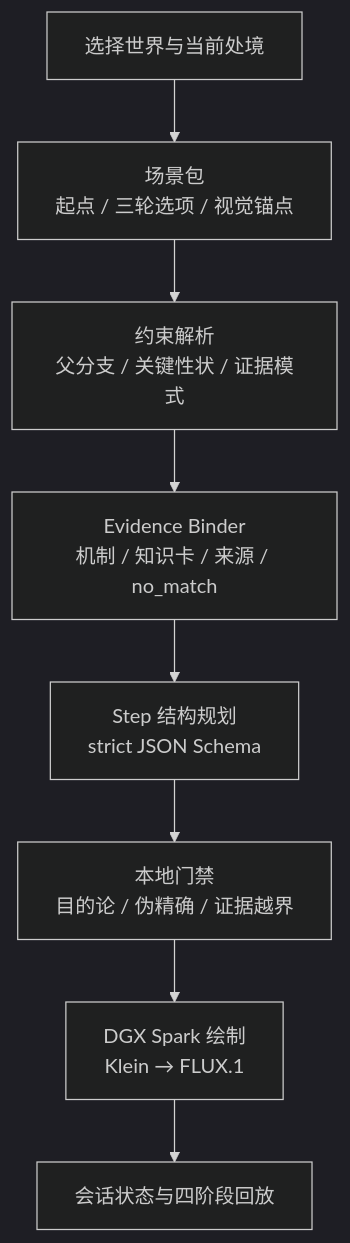
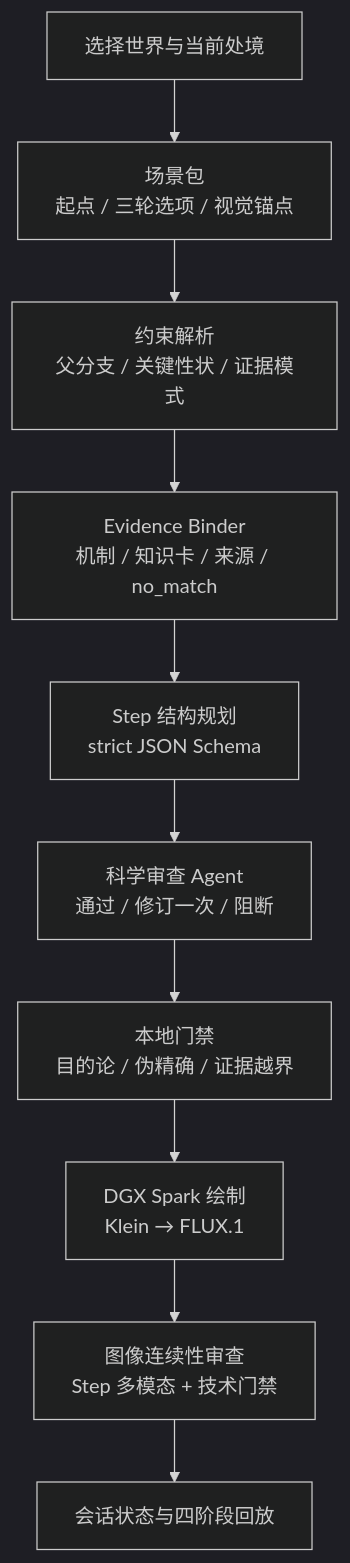
Before and after one commit to boblank/DGXSparkSandEvo: the diagram in docs/hackathon-ten-days.md, drawn with Mermaid (dark theme). The commit also changed other lines of this file and 5 other files, not shown here.

````diff
--- a/docs/hackathon-ten-days.md
+++ b/docs/hackathon-ten-days.md
@@ -66,13 +66,15 @@
 ```mermaid
 flowchart TD
     A["选择世界与当前处境"]
     B["场景包<br/>起点 / 三轮选项 / 视觉锚点"]
     C["约束解析<br/>父分支 / 关键性状 / 证据模式"]
     D["Evidence Binder<br/>机制 / 知识卡 / 来源 / no_match"]
     E["Step 结构规划<br/>strict JSON Schema"]
+    R["科学审查 Agent<br/>通过 / 修订一次 / 阻断"]
     F["本地门禁<br/>目的论 / 伪精确 / 证据越界"]
     G["DGX Spark 绘制<br/>Klein → FLUX.1"]
+    V["图像连续性审查<br/>Step 多模态 + 技术门禁"]
     H["会话状态与四阶段回放"]
 
-    A --> B --> C --> D --> E --> F --> G --> H
+    A --> B --> C --> D --> E --> R --> F --> G --> V --> H
 ```
````
